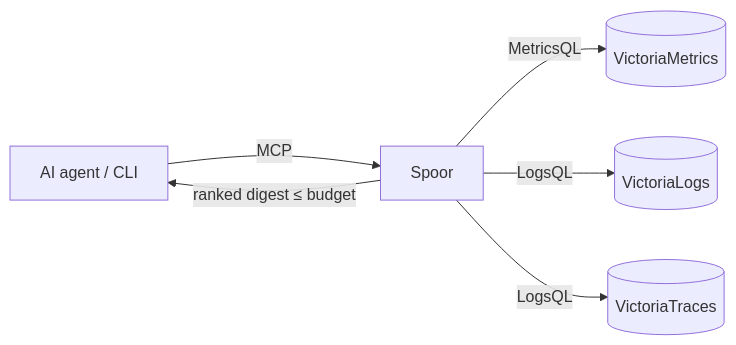
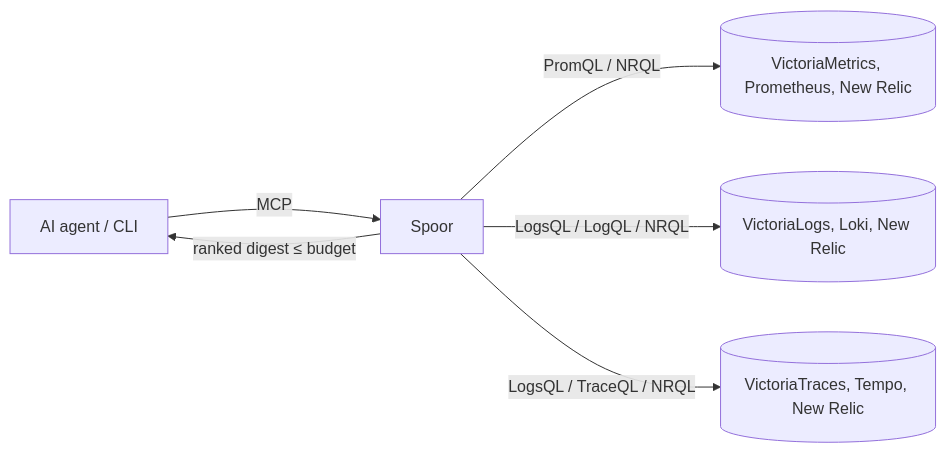
Before and after one commit to asinha07/spoor: the diagram in README.md, drawn with Mermaid. The commit also changed other lines of this file and 21 other files, not shown here.

````diff
--- a/README.md
+++ b/README.md
@@ -130,8 +149,8 @@
 ```mermaid
 flowchart LR
     Agent[AI agent / CLI] -->|MCP| S[Spoor]
-    S -->|MetricsQL| VM[(VictoriaMetrics)]
-    S -->|LogsQL| VL[(VictoriaLogs)]
-    S -->|LogsQL| VT[(VictoriaTraces)]
+    S -->|"PromQL / NRQL"| M[(VictoriaMetrics, Prometheus, New Relic)]
+    S -->|"LogsQL / LogQL / NRQL"| L[(VictoriaLogs, Loki, New Relic)]
+    S -->|"LogsQL / TraceQL / NRQL"| T[(VictoriaTraces, Tempo, New Relic)]
     S -->|"ranked digest ≤ budget"| Agent
 ```
````
